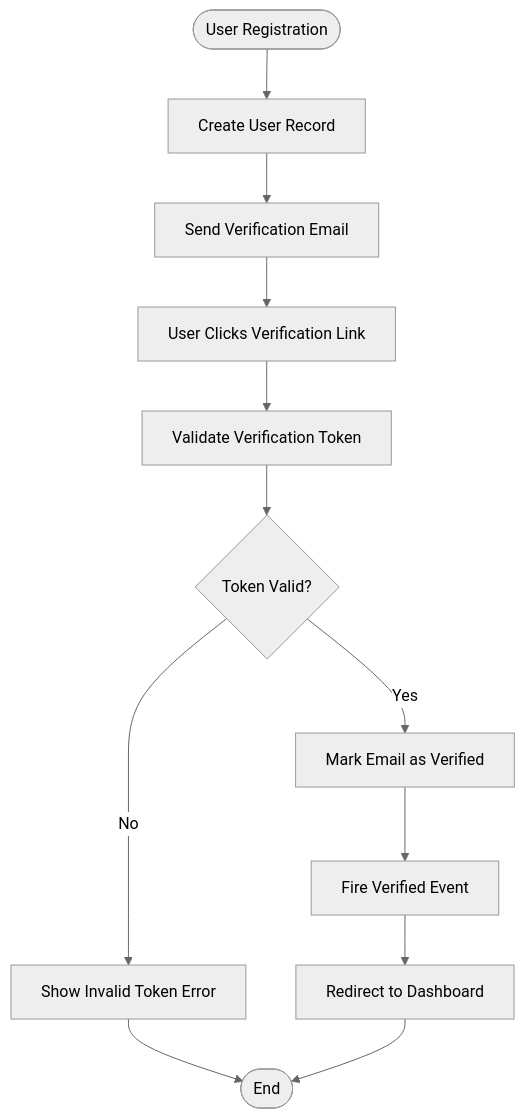
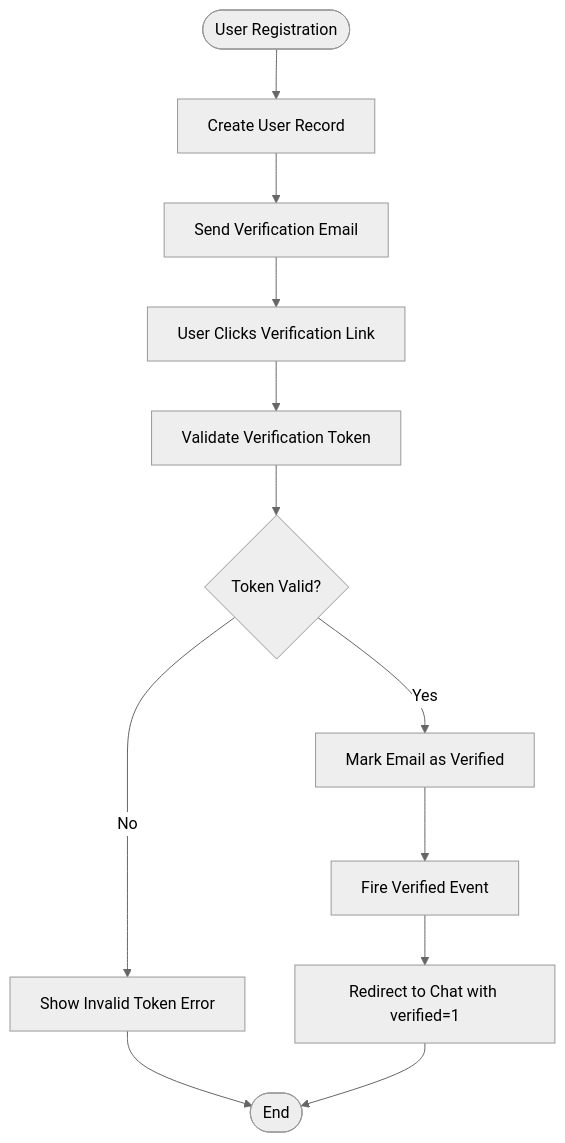
One commit to siimliimand/laravel-assistant changed the sixth of 8 diagrams in .qoder/repowiki/en/content/Laravel Application Components/Authentication System.md. Above: the diagram before and after it, drawn with Mermaid (neutral theme). The commit also changed other lines of this file and 6 other files, not shown here.

First line of the commit message:
feat(database): add project management schema with ownership and status tracking

````diff
--- a/.qoder/repowiki/en/content/Laravel Application Components/Authentication System.md
+++ b/.qoder/repowiki/en/content/Laravel Application Components/Authentication System.md
@@ -309,14 +311,14 @@
 ```mermaid
 flowchart TD
 Start([User Registration]) --> CreateUser["Create User Record"]
 CreateUser --> SendVerification["Send Verification Email"]
 SendVerification --> UserClicks["User Clicks Verification Link"]
 UserClicks --> ValidateToken["Validate Verification Token"]
 ValidateToken --> TokenValid{"Token Valid?"}
 TokenValid --> |No| ShowError["Show Invalid Token Error"]
 TokenValid --> |Yes| MarkVerified["Mark Email as Verified"]
 MarkVerified --> FireEvent["Fire Verified Event"]
-FireEvent --> RedirectDashboard["Redirect to Dashboard"]
+FireEvent --> RedirectChat["Redirect to Chat with verified=1"]
 ShowError --> End([End])
-RedirectDashboard --> End
+RedirectChat --> End
 ```
````
